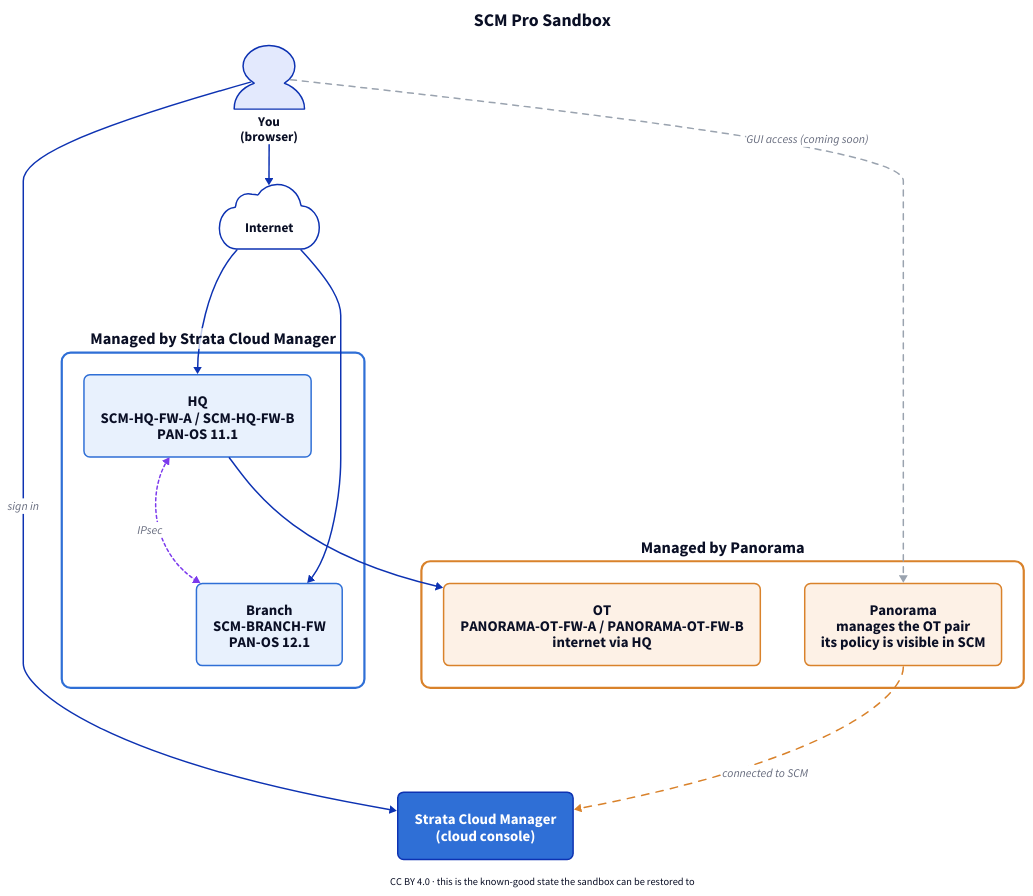
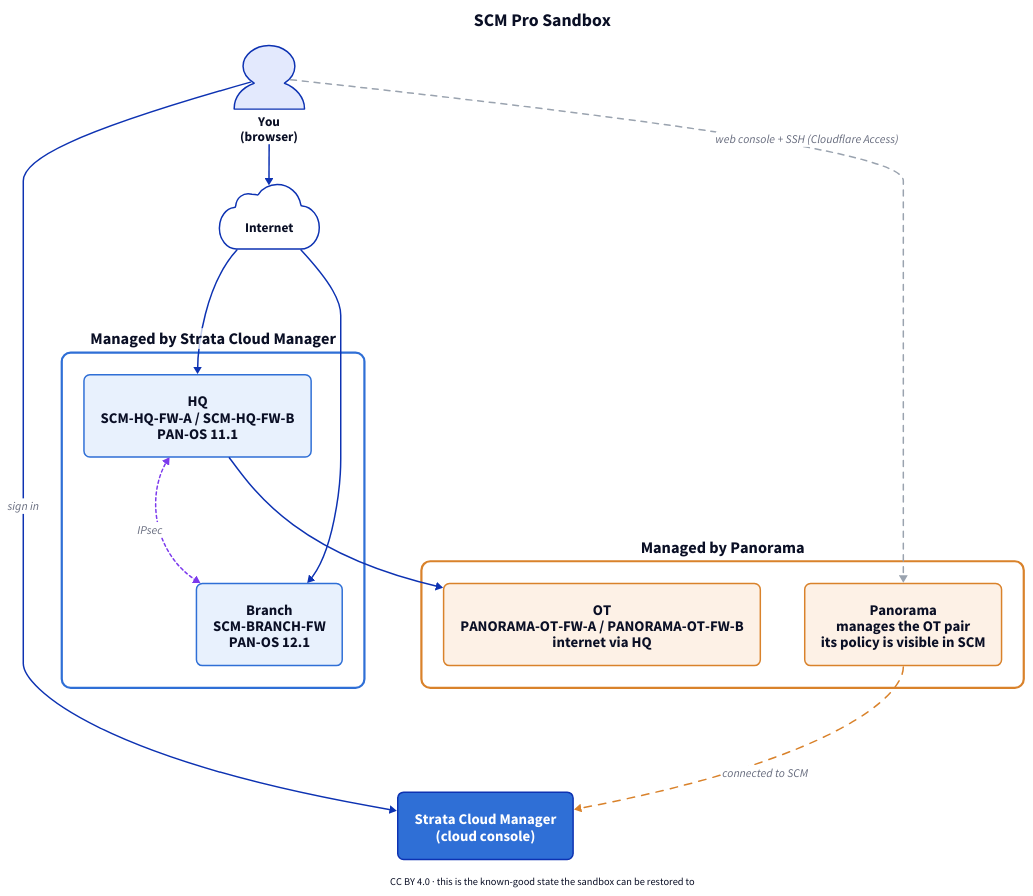
One commit to gegrsyn/SCMPro-Sandbox changed the diagram in drawings/overview.d2. Above: the diagram before and after it, drawn with D2. The commit also changed 2 other files, not shown here.

Commit message:
Remote access is live: console and SSH links behind Cloudflare Access

```diff
--- a/drawings/overview.d2
+++ b/drawings/overview.d2
@@ -1,48 +1,48 @@
 direction: down
 title: "SCM Pro Sandbox" {near: top-center; shape: text; style.font-size: 24; style.bold: true}
 
 you: {
   label: "You\n(browser)"
   shape: person; style: {font-size: 18}
 }
 internet: {
   label: "Internet"
   shape: cloud; style: {font-size: 18}
 }
 console: {
   label: "Strata Cloud Manager\n(cloud console)"
   shape: rectangle; style: {fill: "#2f6fd6"; font-color: "#ffffff"; border-radius: 8; font-size: 20}
 }
 scm: {
   label: "Managed by Strata Cloud Manager"
   style: {stroke: "#2f6fd6"; stroke-width: 3; fill: "#ffffff"; border-radius: 12; font-size: 22; bold: true}
   hq: {
     label: "HQ\nSCM-HQ-FW-A / SCM-HQ-FW-B\nPAN-OS 11.1"
     style: {fill: "#e8f1fd"; stroke: "#2f6fd6"; border-radius: 8; font-size: 20}
   }
   branch: {
     label: "Branch\nSCM-BRANCH-FW\nPAN-OS 12.1"
     style: {fill: "#e8f1fd"; stroke: "#2f6fd6"; border-radius: 8; font-size: 20}
   }
 }
 pano: {
   label: "Managed by Panorama"
   style: {stroke: "#d9822b"; stroke-width: 3; fill: "#ffffff"; border-radius: 12; font-size: 22; bold: true}
   panorama: {
     label: "Panorama\nmanages the OT pair\nits policy is visible in SCM"
     style: {fill: "#fdf1e6"; stroke: "#d9822b"; border-radius: 8; font-size: 20}
   }
   ot: {
     label: "OT\nPANORAMA-OT-FW-A / PANORAMA-OT-FW-B\ninternet via HQ"
     style: {fill: "#fdf1e6"; stroke: "#d9822b"; border-radius: 8; font-size: 20}
   }
 }
 you -> console: "sign in" {style: {font-size: 16}}
 you -> internet: {style: {font-size: 16}}
 internet -> scm.hq {style: {font-size: 16}}
 internet -> scm.branch {style: {font-size: 16}}
 scm.hq <-> scm.branch: "IPsec" {style: {stroke: "#7c3aed"; stroke-dash: 2; font-size: 16}}
 scm.hq -> pano.ot {style: {font-size: 16}}
 pano.panorama -> console: "connected to SCM" {style: {stroke: "#d9822b"; stroke-dash: 5; font-size: 16}}
-you -> pano.panorama: "GUI access (coming soon)" {style: {stroke: "#9aa3af"; stroke-dash: 4; font-size: 16}}
+you -> pano.panorama: "web console + SSH (Cloudflare Access)" {style: {stroke: "#9aa3af"; stroke-dash: 4; font-size: 16}}
 foot: "CC BY 4.0 · this is the known-good state the sandbox can be restored to" {shape: text; near: bottom-center; style.font-size: 14}
```
